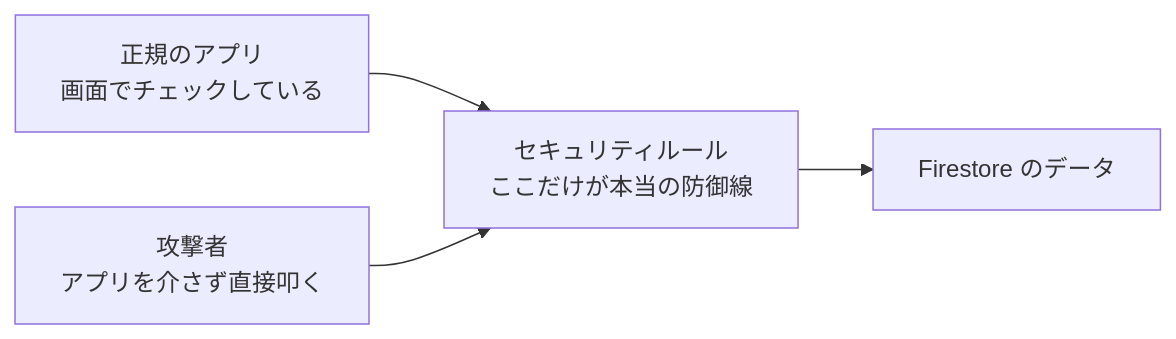
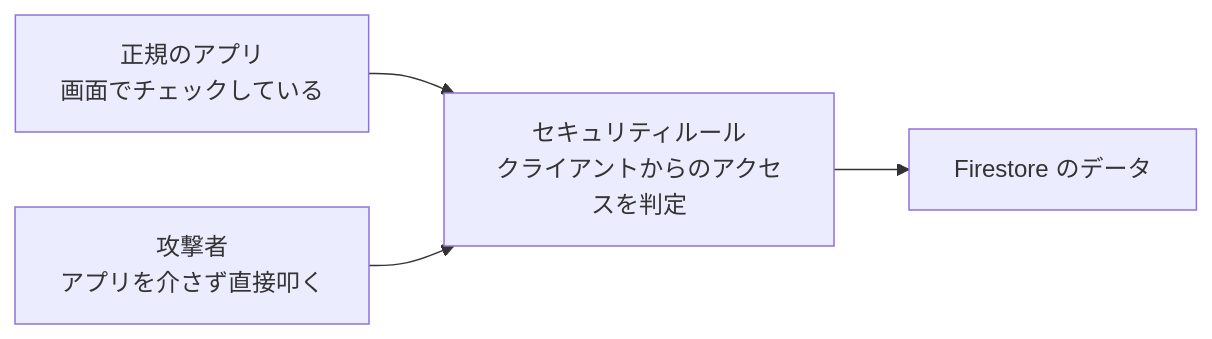
One commit to sangraal123/sangraal123 changed the diagram in googja/src/content/docs/security/05.md. Above: the diagram before and after it, drawn with Mermaid. The commit also changed other lines of this file and 36 other files, not shown here.

````diff
--- a/googja/src/content/docs/security/05.md
+++ b/googja/src/content/docs/security/05.md
@@ -33,6 +33,6 @@
 ```mermaid
 flowchart LR
     A["正規のアプリ<br/>画面でチェックしている"] --> R
     B["攻撃者<br/>アプリを介さず直接叩く"] --> R
-    R["セキュリティルール<br/>ここだけが本当の防御線"] --> D["Firestore のデータ"]
+    R["セキュリティルール<br/>クライアントからのアクセスを判定"] --> D["Firestore のデータ"]
 ```
````
